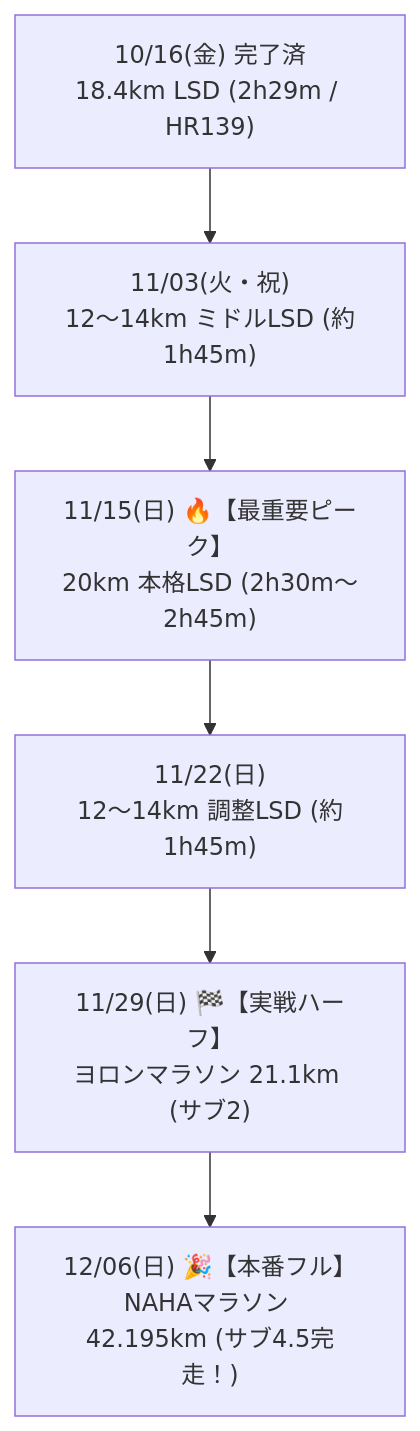
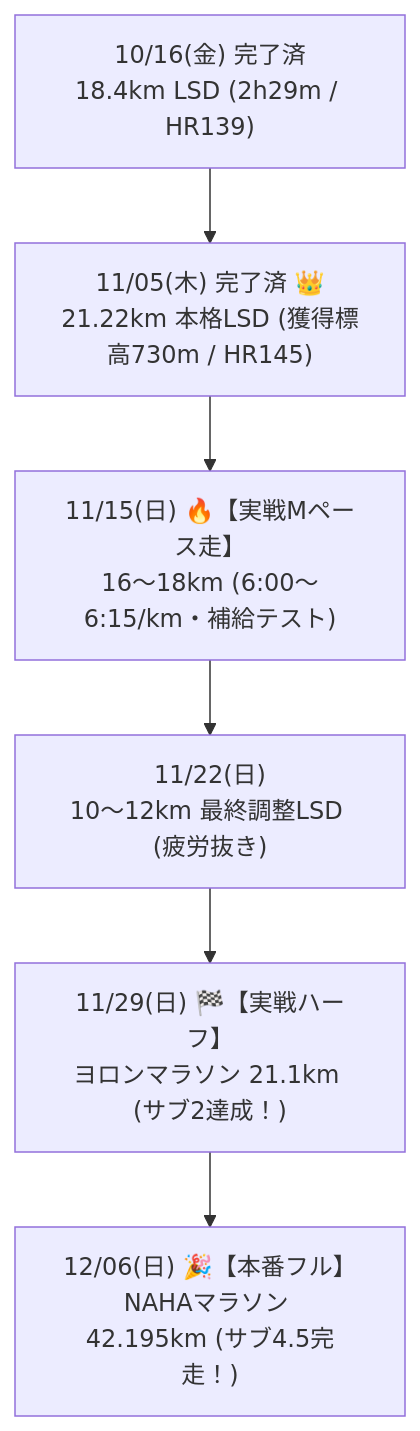
The diagram in docs/TRAINING_PLAN_2026.md (nem6ishi/running_analytics), drawn with Mermaid before and after one commit. The commit also changed other lines of this file, not shown here.

Commit message:
docs(plan): 11/15実戦Mペース走（16-18km・6:00-6:15/km・補給検証）＆11/09完全休養への計画最適化

````diff
--- a/docs/TRAINING_PLAN_2026.md
+++ b/docs/TRAINING_PLAN_2026.md
@@ -30,8 +30,8 @@
 ```mermaid
 flowchart TD
-    L1["10/16(金) 完了済<br/>18.4km LSD (2h29m / HR139)"] --> L2["11/03(火・祝)<br/>12〜14km ミドルLSD (約1h45m)"]
-    L2 --> L3["11/15(日) 🔥【最重要ピーク】<br/>20km 本格LSD (2h30m〜2h45m)"]
-    L3 --> L4["11/22(日)<br/>12〜14km 調整LSD (約1h45m)"]
-    L4 --> L5["11/29(日) 🏁【実戦ハーフ】<br/>ヨロンマラソン 21.1km (サブ2)"]
+    L1["10/16(金) 完了済<br/>18.4km LSD (2h29m / HR139)"] --> L2["11/05(木) 完了済 👑<br/>21.22km 本格LSD (獲得標高730m / HR145)"]
+    L2 --> L3["11/15(日) 🔥【実戦Mペース走】<br/>16〜18km (6:00〜6:15/km・補給テスト)"]
+    L3 --> L4["11/22(日)<br/>10〜12km 最終調整LSD (疲労抜き)"]
+    L4 --> L5["11/29(日) 🏁【実戦ハーフ】<br/>ヨロンマラソン 21.1km (サブ2達成！)"]
     L5 --> L6["12/06(日) 🎉【本番フル】<br/>NAHAマラソン 42.195km (サブ4.5完走！)"]
 ```
````
